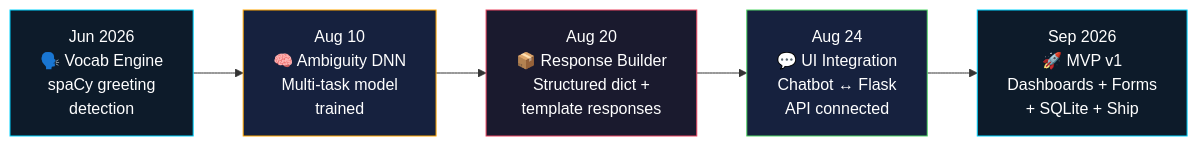
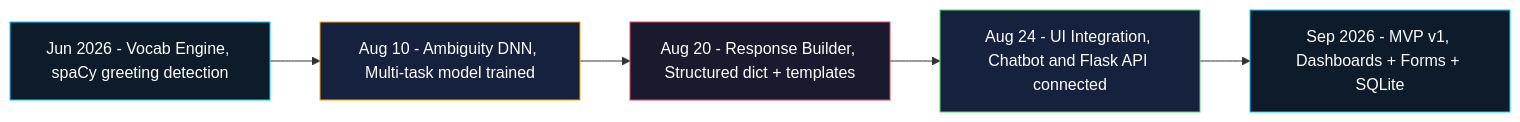
Before and after one commit to FahadhCodes/project_AIRES: the sixth of 6 diagrams in README.md, drawn with Mermaid. The commit also changed other lines of this file, not shown here.

````diff
--- a/README.md
+++ b/README.md
@@ -467,13 +466,13 @@
 ```mermaid
 flowchart LR
-    A["Jun 2026<br/>🗣️ Vocab Engine<br/>spaCy greeting<br/>detection"] --> B["Aug 10<br/>🧠 Ambiguity DNN<br/>Multi-task model<br/>trained"]
-    B --> C["Aug 20<br/>📦 Response Builder<br/>Structured dict +<br/>template responses"]
-    C --> D["Aug 24<br/>💬 UI Integration<br/>Chatbot ↔ Flask<br/>API connected"]
-    D --> E["Sep 2026<br/>🚀 MVP v1<br/>Dashboards + Forms<br/>+ SQLite + Ship"]
+    A["Jun 2026 - Vocab Engine, spaCy greeting detection"] --> B["Aug 10 - Ambiguity DNN, Multi-task model trained"]
+    B --> C["Aug 20 - Response Builder, Structured dict + templates"]
+    C --> D["Aug 24 - UI Integration, Chatbot and Flask API connected"]
+    D --> E["Sep 2026 - MVP v1, Dashboards + Forms + SQLite"]
 
     style A fill:#0d1b2a,stroke:#00d4ff,color:#fff
     style B fill:#16213e,stroke:#ffa500,color:#fff
     style C fill:#1a1a2e,stroke:#e94560,color:#fff
     style D fill:#16213e,stroke:#53d769,color:#fff
     style E fill:#0d1b2a,stroke:#00d4ff,color:#fff
 ```
````
